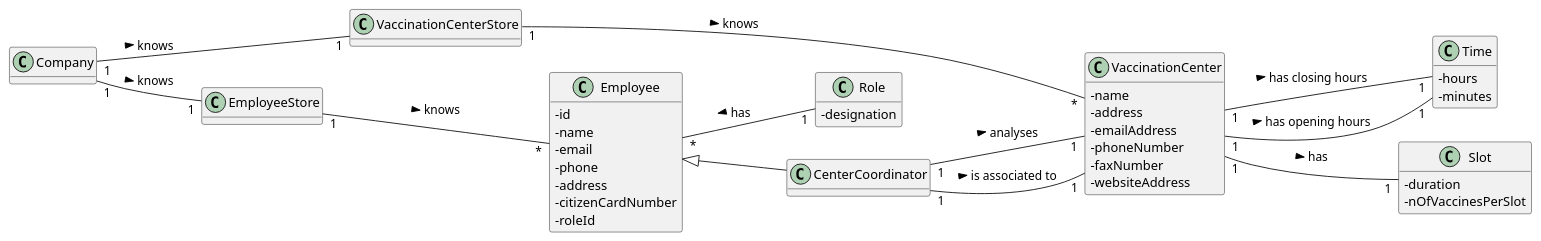
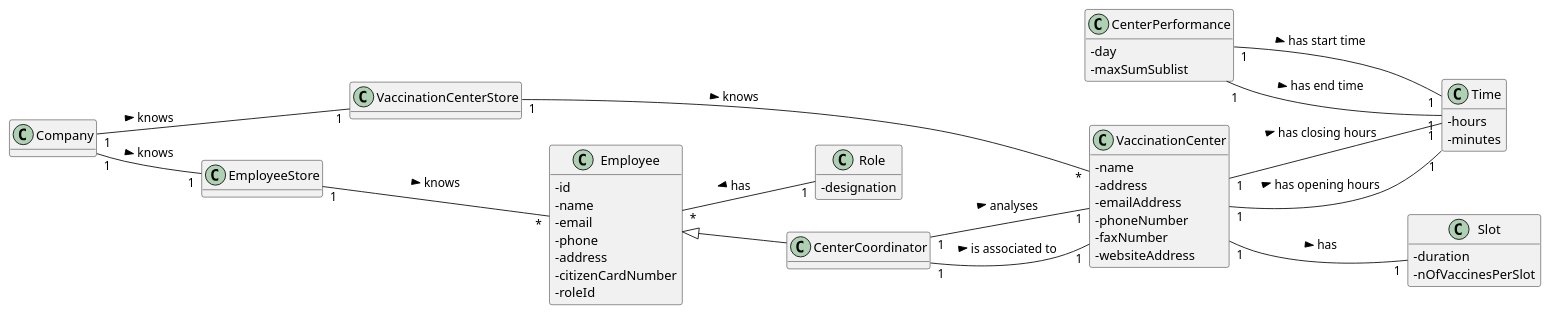
The diagram in docs/SprintD/US16/DM/US16_DM.puml (miseEnPlace-i/lapr2), drawn with PlantUML before and after one commit. The commit also changed 6 other files, not shown here.

```diff
--- a/docs/SprintD/US16/DM/US16_DM.puml
+++ b/docs/SprintD/US16/DM/US16_DM.puml
@@ -1,63 +1,72 @@
 @startuml
 hide methods
 left to right direction
 skinparam classAttributeIconSize 0
 
 class VaccinationCenter {
   - name
   - address
   - emailAddress
   - phoneNumber
   - faxNumber
   - websiteAddress
 }
 
 class Time {
   - hours
   - minutes
 }
 
 class Slot {
   -duration
   -nOfVaccinesPerSlot
 }
 
 class Employee {
   -id
   -name
   -email
   -phone
   -address
   -citizenCardNumber
   -roleId
 }
 
+class CenterPerformance {
+  - day
+  - maxSumSublist
+}
+
 class Role {
   -designation
 }
 
 class Company {}
 
 class CenterCoordinator {}
 
 class VaccinationCenterStore {}
 
 class EmployeeStore {}
 
 VaccinationCenter "1" -- "1" Time : has closing hours >
 VaccinationCenter "1" -- "1" Time : has opening hours >
+
+CenterPerformance "1" -- "1" Time : has start time >
+CenterPerformance "1" -- "1" Time : has end time >
+
 VaccinationCenter "1" -- "1" Slot : has >
 
 Employee <|-- CenterCoordinator
 Employee "*" -- "1" Role : has <
 
 Company "1" -- "1" VaccinationCenterStore : knows >
 Company "1" -- "1" EmployeeStore : knows >
 VaccinationCenterStore "1" -- "*" VaccinationCenter : knows >
 
 EmployeeStore "1" -- "*" Employee : knows >
 
 CenterCoordinator "1" -- "1" VaccinationCenter : analyses >
 CenterCoordinator "1" -- "1" VaccinationCenter : is associated to >
 
 @enduml
```
